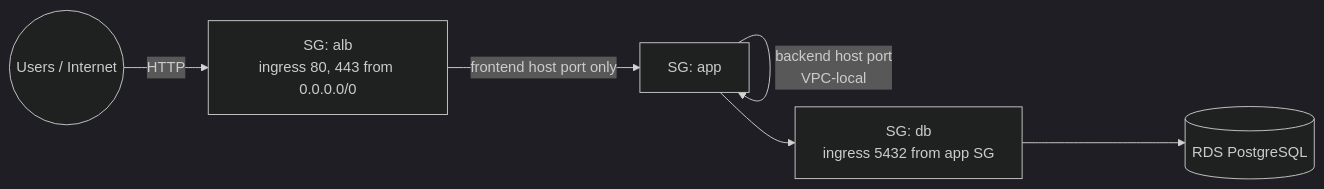
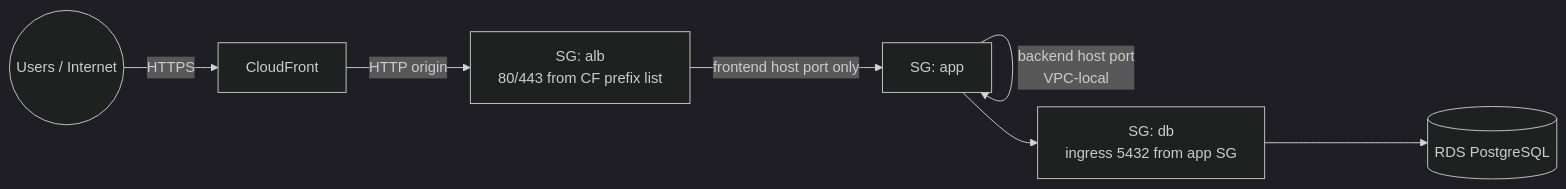
The sixth of 9 diagrams in docs/architecture.md (mazarsju/teacher-wang-infra), drawn with Mermaid (dark theme) before and after one commit. The commit also changed other lines of this file and 13 other files, not shown here.

````diff
--- a/docs/architecture.md
+++ b/docs/architecture.md
@@ -167,15 +169,17 @@
 ```mermaid
 flowchart LR
   Users((Users / Internet))
+  CF[CloudFront]
 
-  SGALB["SG: alb<br/>ingress 80, 443 from 0.0.0.0/0"]
+  SGALB["SG: alb<br/>80/443 from CF prefix list"]
   SGApp["SG: app"]
   SGDb["SG: db<br/>ingress 5432 from app SG"]
   RDS[(RDS PostgreSQL)]
 
-  Users -->|HTTP| SGALB
+  Users -->|HTTPS| CF
+  CF -->|HTTP origin| SGALB
   SGALB -->|frontend host port only| SGApp
   SGApp -->|backend host port<br/>VPC-local| SGApp
   SGApp --> SGDb
   SGDb --> RDS
 ```
````
